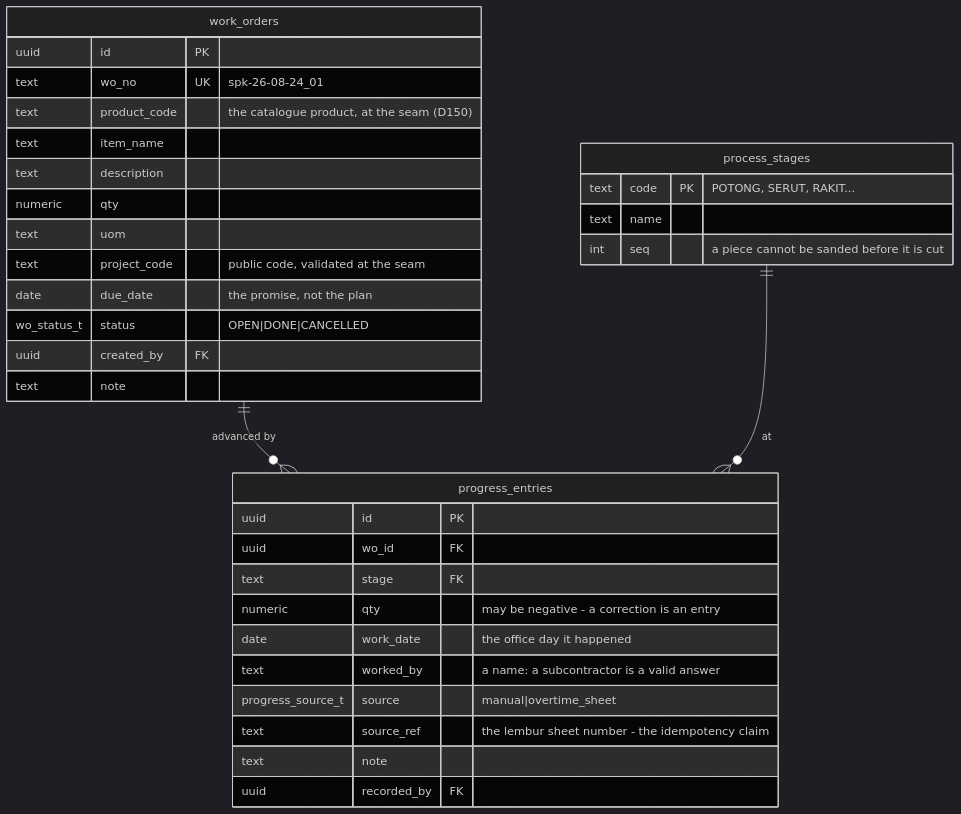
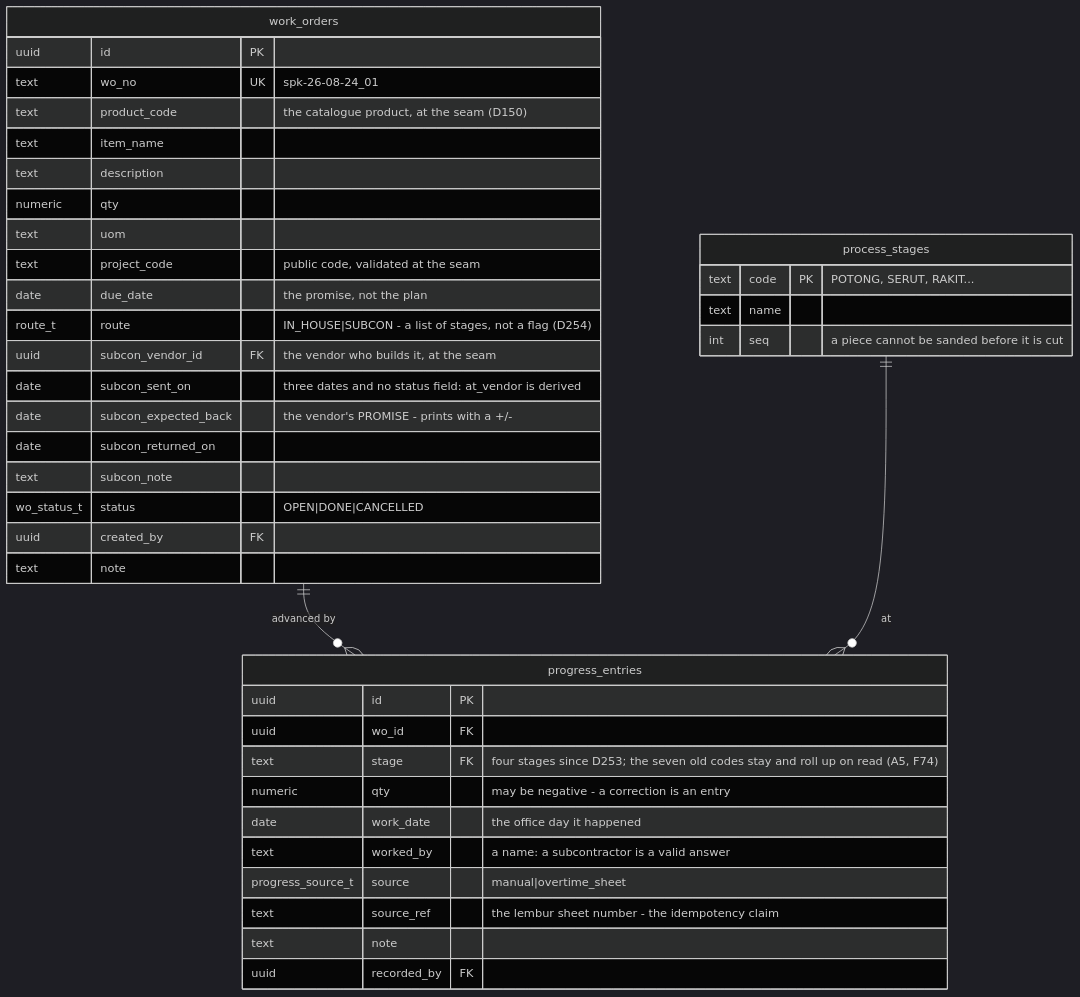
One commit to talait/ops-talaliving changed diagram 11 of 14 in docs/plan/02-database.md. Above: the diagram before and after it, drawn with Mermaid (dark theme). The commit also changed 16 other files, not shown here.

First line of the commit message:
M47 — four production stages, and a route for work the vendor builds

````diff
--- a/docs/plan/02-database.md
+++ b/docs/plan/02-database.md
@@ -1648,37 +1648,43 @@
 ```mermaid
 erDiagram
     work_orders ||--o{ progress_entries : "advanced by"
     process_stages ||--o{ progress_entries : "at"
 
     process_stages {
         text code PK "POTONG, SERUT, RAKIT..."
         text name
         int seq "a piece cannot be sanded before it is cut"
     }
     work_orders {
         uuid id PK
         text wo_no UK "spk-26-08-24_01"
         text product_code "the catalogue product, at the seam (D150)"
         text item_name
         text description
         numeric qty
         text uom
         text project_code "public code, validated at the seam"
         date due_date "the promise, not the plan"
+        route_t route "IN_HOUSE|SUBCON - a list of stages, not a flag (D254)"
+        uuid subcon_vendor_id FK "the vendor who builds it, at the seam"
+        date subcon_sent_on "three dates and no status field: at_vendor is derived"
+        date subcon_expected_back "the vendor's PROMISE - prints with a +/-"
+        date subcon_returned_on
+        text subcon_note
         wo_status_t status "OPEN|DONE|CANCELLED"
         uuid created_by FK
         text note
     }
     progress_entries {
         uuid id PK
         uuid wo_id FK
-        text stage FK
+        text stage FK "four stages since D253; the seven old codes stay and roll up on read (A5, F74)"
         numeric qty "may be negative - a correction is an entry"
         date work_date "the office day it happened"
         text worked_by "a name: a subcontractor is a valid answer"
         progress_source_t source "manual|overtime_sheet"
         text source_ref "the lembur sheet number - the idempotency claim"
         text note
         uuid recorded_by FK
     }
 ```
````
